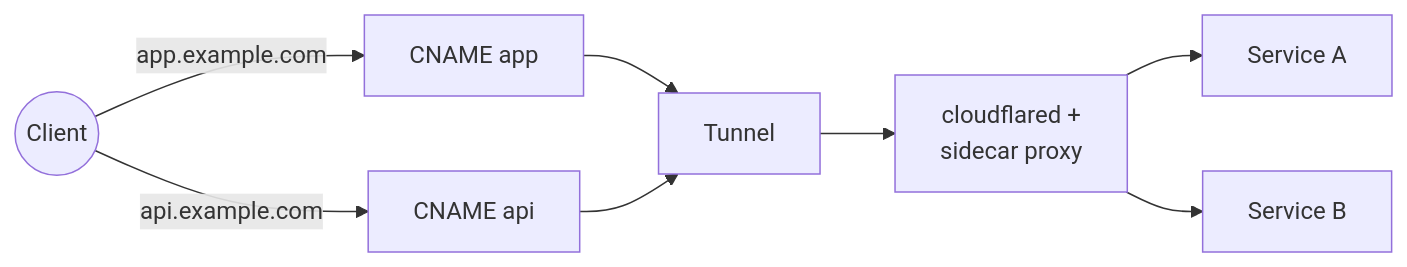
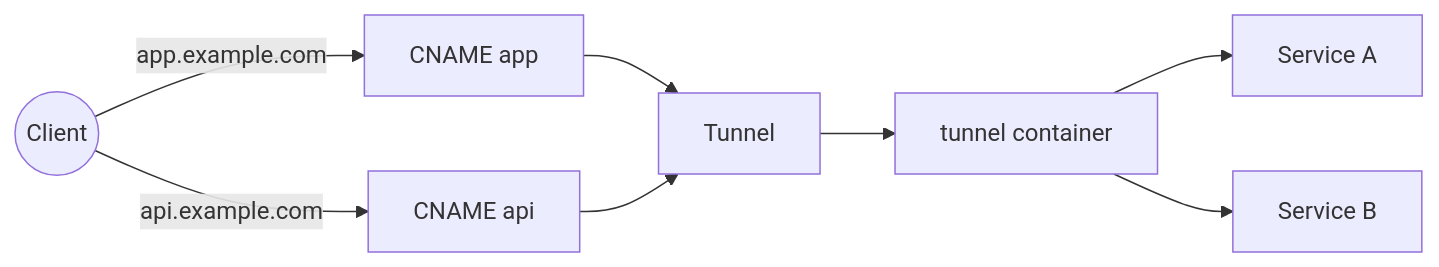
The diagram in README.md (matheuscscp/cloudflare-gateway-controller), drawn with Mermaid before and after one commit. The commit also changed other lines of this file and 52 other files, not shown here.

Commit message:
Merge cloudflared and sidecar

````diff
--- a/README.md
+++ b/README.md
@@ -24,11 +24,11 @@
 ```mermaid
 flowchart LR
     C((Client))
     C -->|app.example.com| CNA[CNAME app]
     C -->|api.example.com| CNB[CNAME api]
     CNA --> T[Tunnel]
     CNB --> T
-    T --> CD[cloudflared +<br/>sidecar proxy]
-    CD --> SA[Service A]
-    CD --> SB[Service B]
+    T --> TC[tunnel container]
+    TC --> SA[Service A]
+    TC --> SB[Service B]
 ```
````
